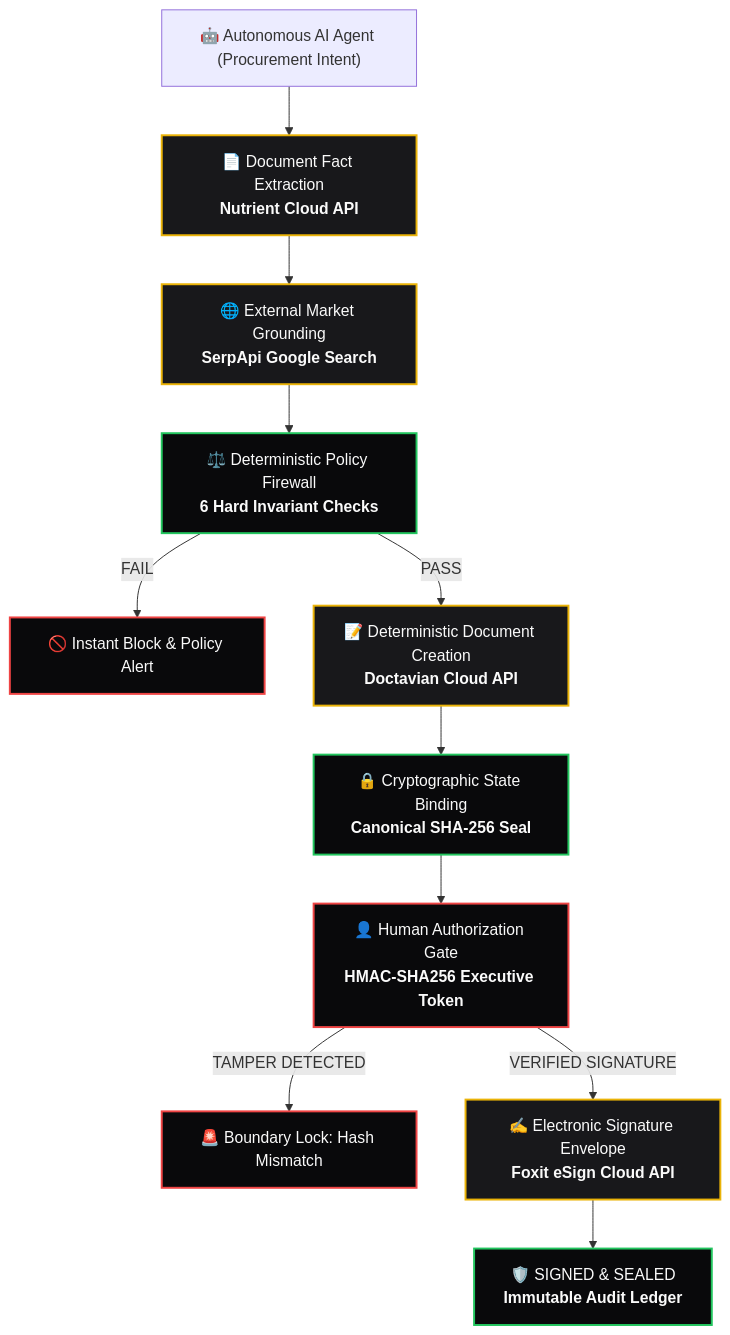
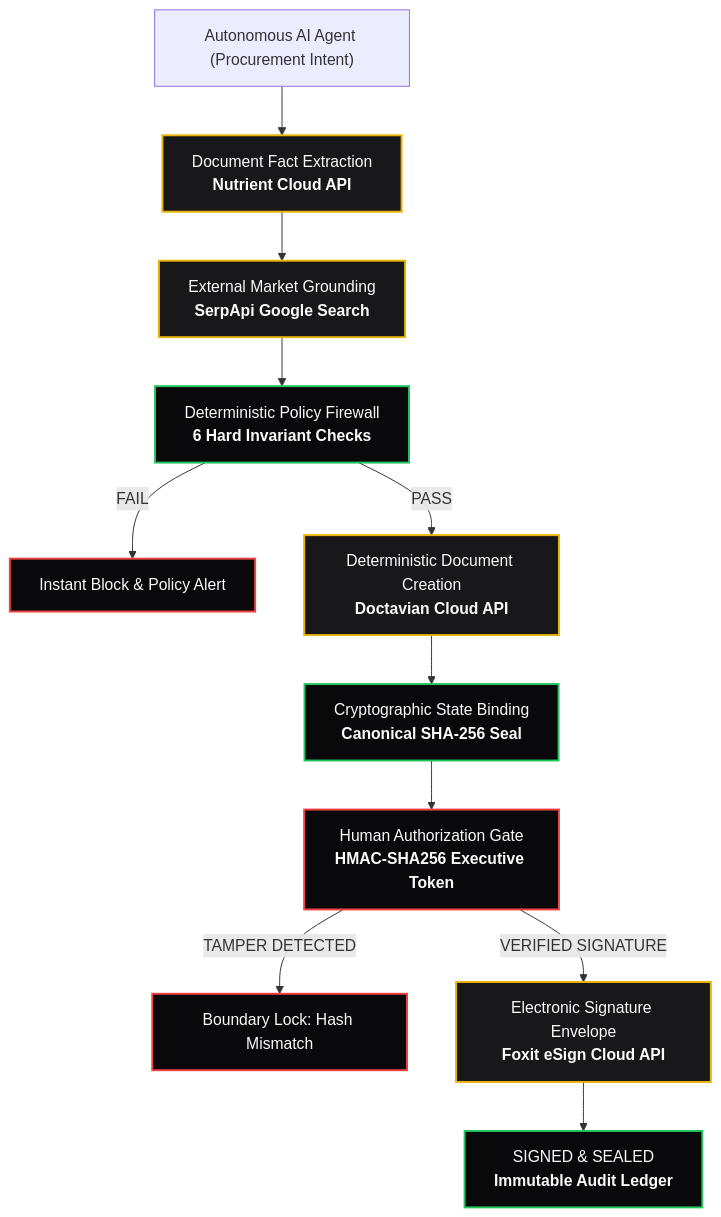
One commit to codertoji-spec/SOVEREIGNGUARD changed the diagram in README.md. Above: the diagram before and after it, drawn with Mermaid. The commit also changed other lines of this file, not shown here.

Commit message:
docs: remove emojis for clean executive documentation

````diff
--- a/README.md
+++ b/README.md
@@ -69,21 +69,21 @@
 ```mermaid
 flowchart TD
     classDef sponsor fill:#18181b,stroke:#eab308,stroke-width:2px,color:#fafafa;
     classDef core fill:#09090b,stroke:#22c55e,stroke-width:2px,color:#fafafa;
     classDef gate fill:#09090b,stroke:#ef4444,stroke-width:2px,color:#fafafa;
 
-    A["🤖 Autonomous AI Agent (Procurement Intent)"] --> B["📄 Document Fact Extraction<br/><b>Nutrient Cloud API</b>"]:::sponsor
-    B --> C["🌐 External Market Grounding<br/><b>SerpApi Google Search</b>"]:::sponsor
-    C --> D["⚖️ Deterministic Policy Firewall<br/><b>6 Hard Invariant Checks</b>"]:::core
+    A["Autonomous AI Agent (Procurement Intent)"] --> B["Document Fact Extraction<br/><b>Nutrient Cloud API</b>"]:::sponsor
+    B --> C["External Market Grounding<br/><b>SerpApi Google Search</b>"]:::sponsor
+    C --> D["Deterministic Policy Firewall<br/><b>6 Hard Invariant Checks</b>"]:::core
     
-    D -->|FAIL| E["🚫 Instant Block & Policy Alert"]:::gate
-    D -->|PASS| F["📝 Deterministic Document Creation<br/><b>Doctavian Cloud API</b>"]:::sponsor
+    D -->|FAIL| E["Instant Block & Policy Alert"]:::gate
+    D -->|PASS| F["Deterministic Document Creation<br/><b>Doctavian Cloud API</b>"]:::sponsor
     
-    F --> G["🔒 Cryptographic State Binding<br/><b>Canonical SHA-256 Seal</b>"]:::core
-    G --> H["👤 Human Authorization Gate<br/><b>HMAC-SHA256 Executive Token</b>"]:::gate
+    F --> G["Cryptographic State Binding<br/><b>Canonical SHA-256 Seal</b>"]:::core
+    G --> H["Human Authorization Gate<br/><b>HMAC-SHA256 Executive Token</b>"]:::gate
     
-    H -->|TAMPER DETECTED| I["🚨 Boundary Lock: Hash Mismatch"]:::gate
-    H -->|VERIFIED SIGNATURE| J["✍️ Electronic Signature Envelope<br/><b>Foxit eSign Cloud API</b>"]:::sponsor
+    H -->|TAMPER DETECTED| I["Boundary Lock: Hash Mismatch"]:::gate
+    H -->|VERIFIED SIGNATURE| J["Electronic Signature Envelope<br/><b>Foxit eSign Cloud API</b>"]:::sponsor
     
-    J --> K["🛡️ SIGNED & SEALED<br/><b>Immutable Audit Ledger</b>"]:::core
+    J --> K["SIGNED & SEALED<br/><b>Immutable Audit Ledger</b>"]:::core
 ```
````
